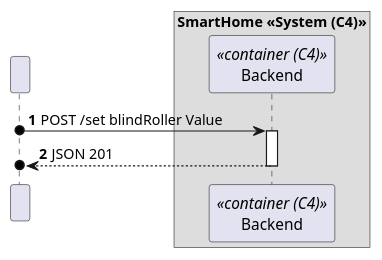
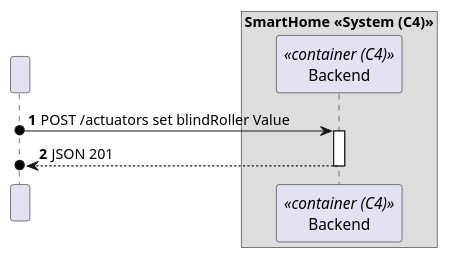
The diagram in docs/C4_4plus1_models/Level2/ProcessView/ProcessViewLevel2_UC16.puml (moutajDev/smarthome), drawn with PlantUML before and after one commit. The commit also changed 17 other files, not shown here.

```diff
--- a/docs/C4_4plus1_models/Level2/ProcessView/ProcessViewLevel2_UC16.puml
+++ b/docs/C4_4plus1_models/Level2/ProcessView/ProcessViewLevel2_UC16.puml
@@ -1,18 +1,18 @@
 @startuml
 'https://plantuml.com/sequence-diagram
 !pragma layout smetana
 
 autonumber
 
     participant " " as HTTP
     box "SmartHome <<System (C4)>>"
     participant Backend as BE<<container (C4)>>
     end box
 
-HTTP o-> BE : POST /set blindRoller Value
+HTTP o-> BE : POST /actuators set blindRoller Value
 activate BE
 
 BE -->o HTTP : JSON 201
 deactivate BE
 
 @enduml
```
